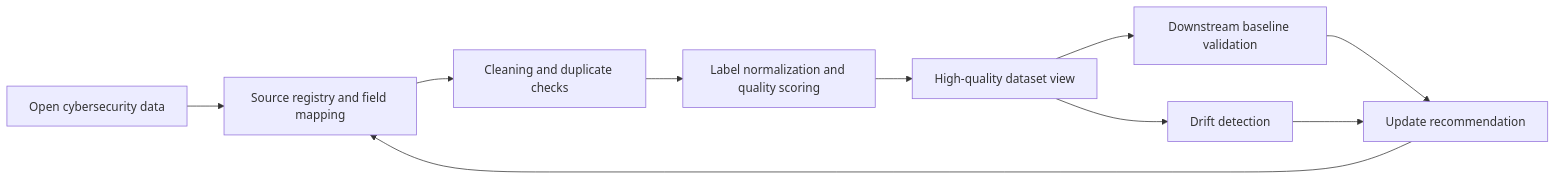
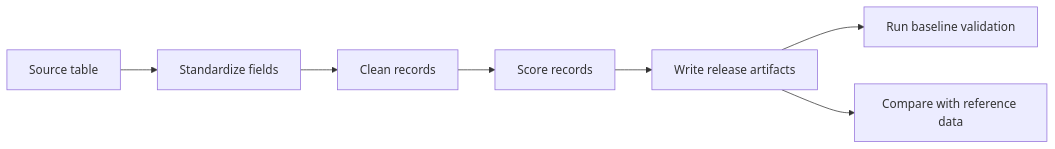
One commit to jinwenxin0001-gif/secdata-forge changed the diagram in docs/architecture.md. Above: the diagram before and after it, drawn with Mermaid. The commit also changed other lines of this file and 2 other files, not shown here.

````diff
--- a/docs/architecture.md
+++ b/docs/architecture.md
@@ -5,12 +5,9 @@
 ```mermaid
 flowchart LR
-  A["Open cybersecurity data"] --> B["Source registry and field mapping"]
-  B --> C["Cleaning and duplicate checks"]
-  C --> D["Label normalization and quality scoring"]
-  D --> E["High-quality dataset view"]
-  E --> F["Downstream baseline validation"]
-  E --> G["Drift detection"]
-  F --> H["Update recommendation"]
-  G --> H
-  H --> B
+  A["Source table"] --> B["Standardize fields"]
+  B --> C["Clean records"]
+  C --> D["Score records"]
+  D --> E["Write release artifacts"]
+  E --> F["Run baseline validation"]
+  E --> G["Compare with reference data"]
 ```
````
